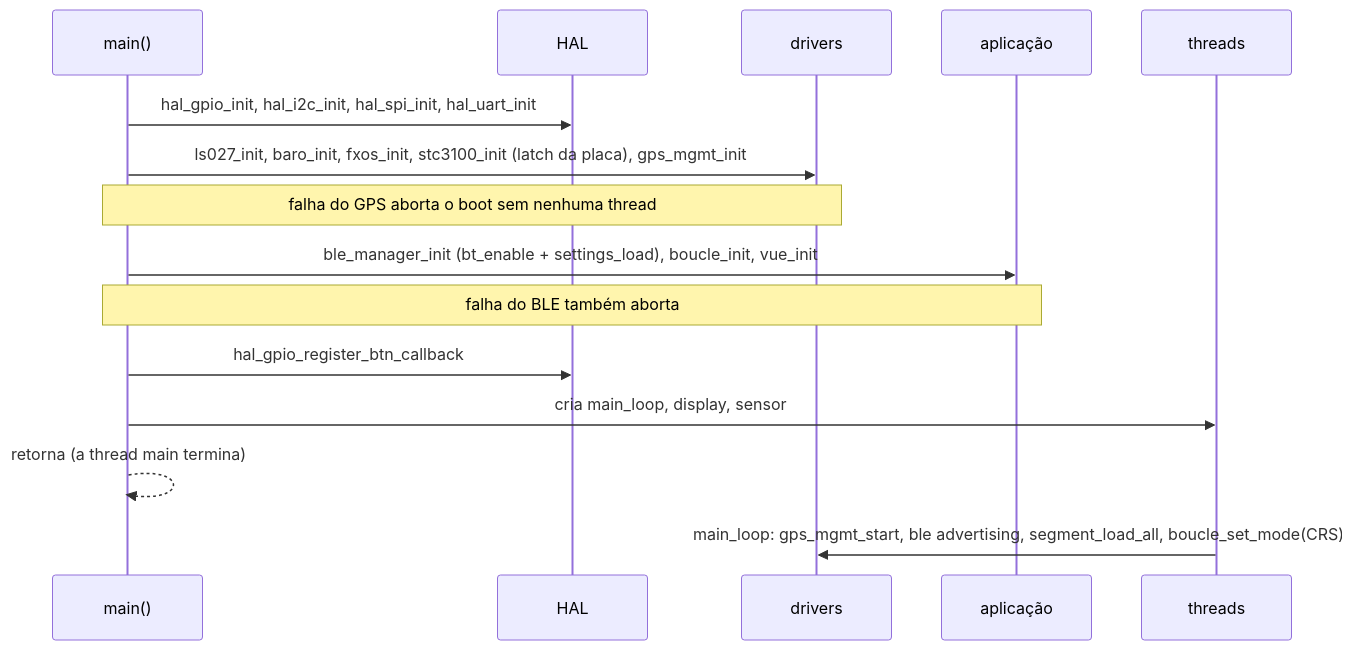
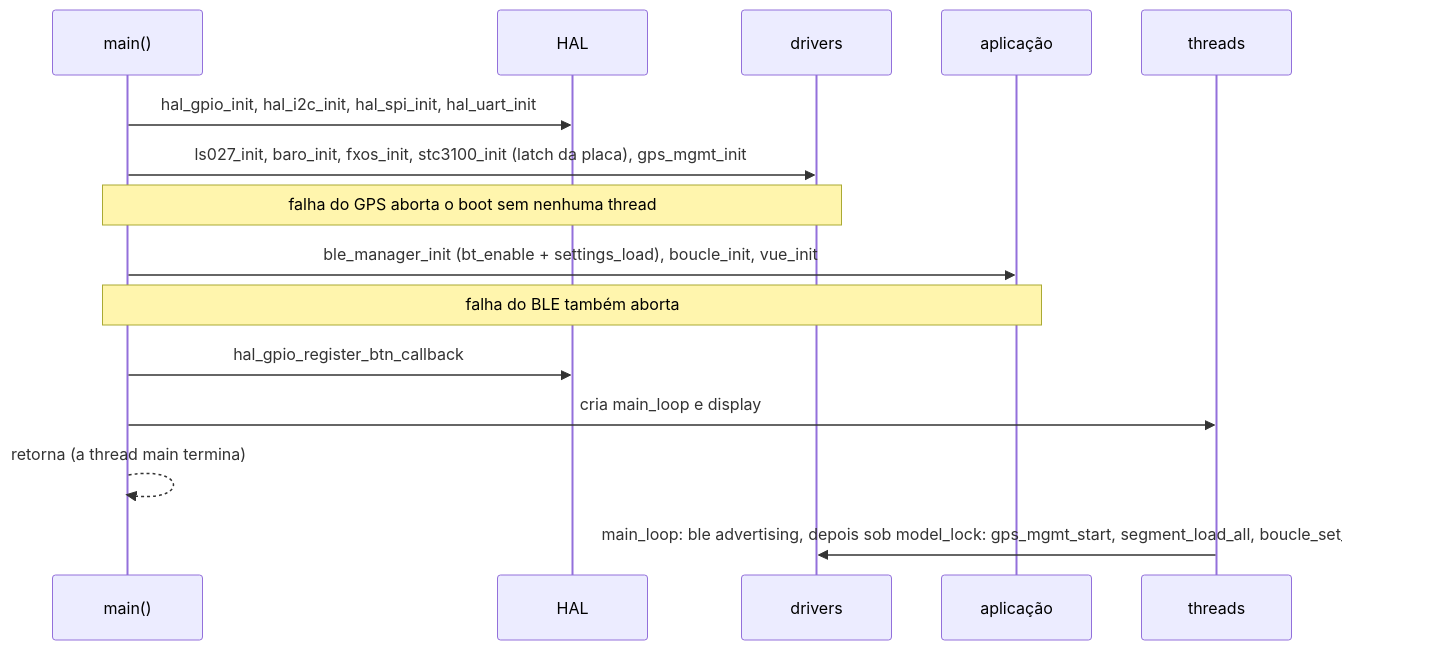
One commit to Guiimartinho/gnss-bike-computer changed the second of 3 diagrams in docs/05-arquitetura-zephyr.md. Above: the diagram before and after it, drawn with Mermaid. The commit also changed other lines of this file and 12 other files, not shown here.

First line of the commit message:
fix(app): make main_loop the only writer of the model

````diff
--- a/docs/05-arquitetura-zephyr.md
+++ b/docs/05-arquitetura-zephyr.md
@@ -60,17 +60,17 @@
 ```mermaid
 sequenceDiagram
     participant M as main()
     participant H as HAL
     participant D as drivers
     participant A as aplicação
     participant T as threads
     M->>H: hal_gpio_init, hal_i2c_init, hal_spi_init, hal_uart_init
     M->>D: ls027_init, baro_init, fxos_init, stc3100_init (latch da placa), gps_mgmt_init
     Note over M,D: falha do GPS aborta o boot sem nenhuma thread
     M->>A: ble_manager_init (bt_enable + settings_load), boucle_init, vue_init
     Note over M,A: falha do BLE também aborta
     M->>H: hal_gpio_register_btn_callback
-    M->>T: cria main_loop, display, sensor
+    M->>T: cria main_loop e display
     M-->>M: retorna (a thread main termina)
-    T->>D: main_loop: gps_mgmt_start, ble advertising, segment_load_all, boucle_set_mode(CRS)
+    T->>D: main_loop: ble advertising, depois sob model_lock: gps_mgmt_start, segment_load_all, boucle_set_mode(CRS)
 ```
````
